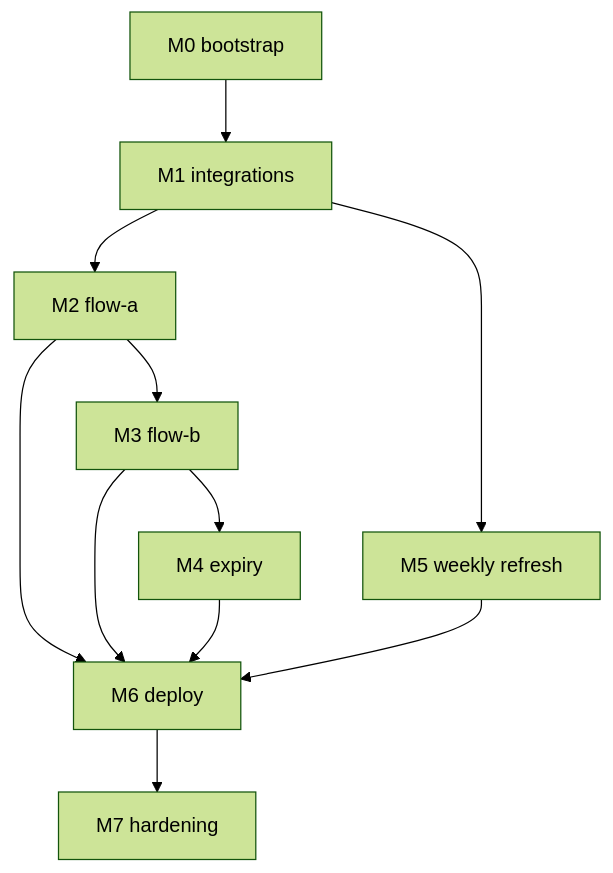
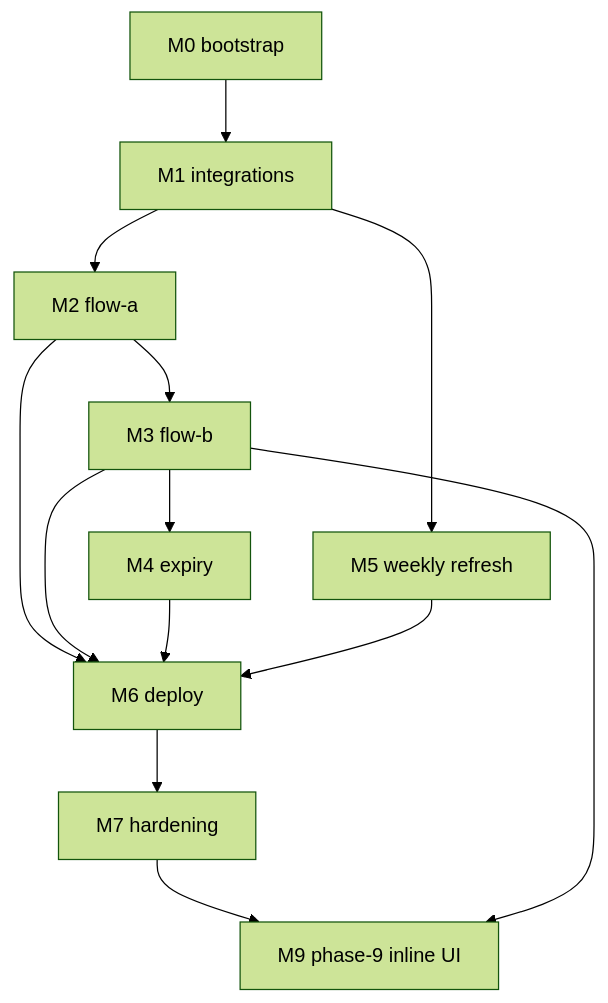
Before and after one commit to DurdeuVlad/leetcode-coach-service: the diagram in plan/README.md, drawn with Mermaid (forest theme). The commit also changed other lines of this file and 7 other files, not shown here.

First line of the commit message:
docs: address review findings on Phase 9 plan + roadmap

````diff
--- a/plan/README.md
+++ b/plan/README.md
@@ -74,13 +75,15 @@
 ```mermaid
 flowchart TD
     M0[M0 bootstrap] --> M1[M1 integrations]
     M1 --> M2[M2 flow-a]
     M2 --> M3[M3 flow-b]
     M3 --> M4[M4 expiry]
     M1 --> M5[M5 weekly refresh]
     M2 --> M6[M6 deploy]
     M3 --> M6
     M4 --> M6
     M5 --> M6
     M6 --> M7[M7 hardening]
+    M7 --> M9[M9 phase-9 inline UI]
+    M3 --> M9
 ```
````
